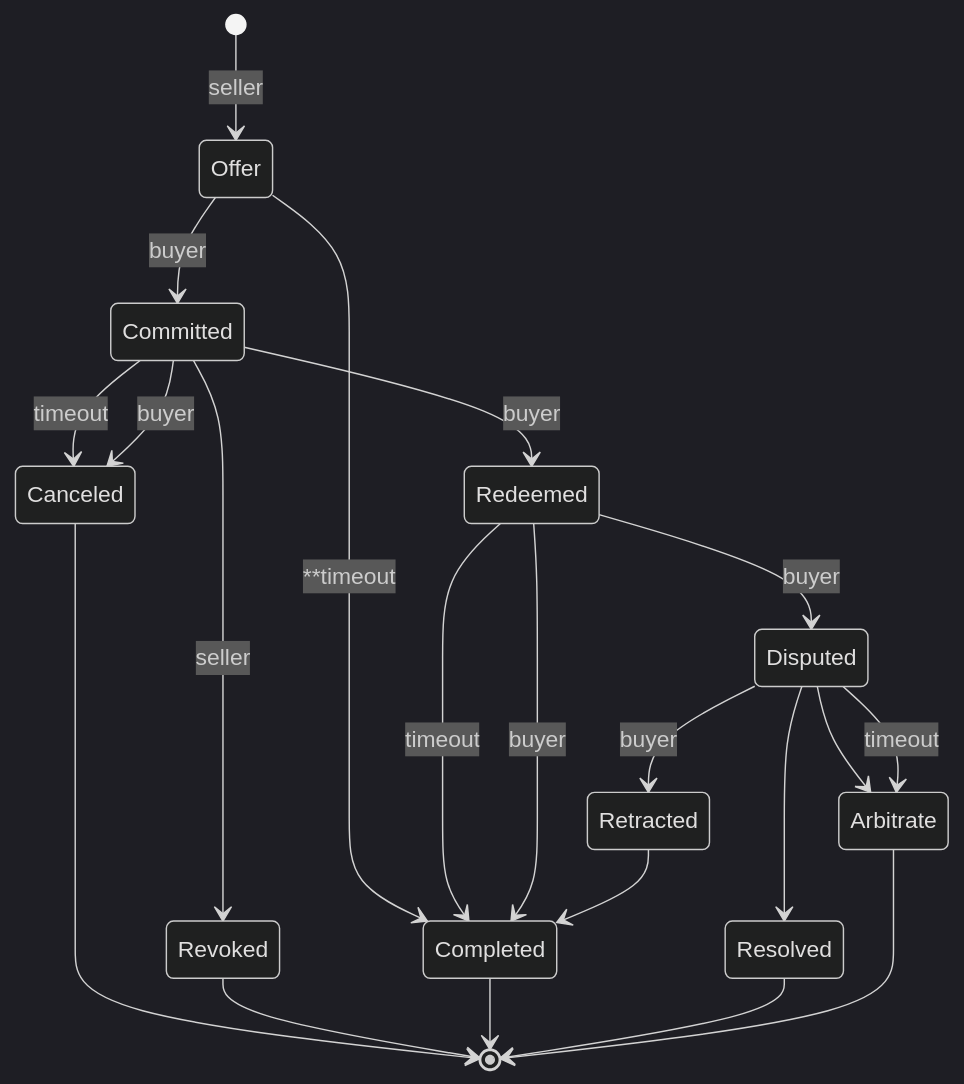
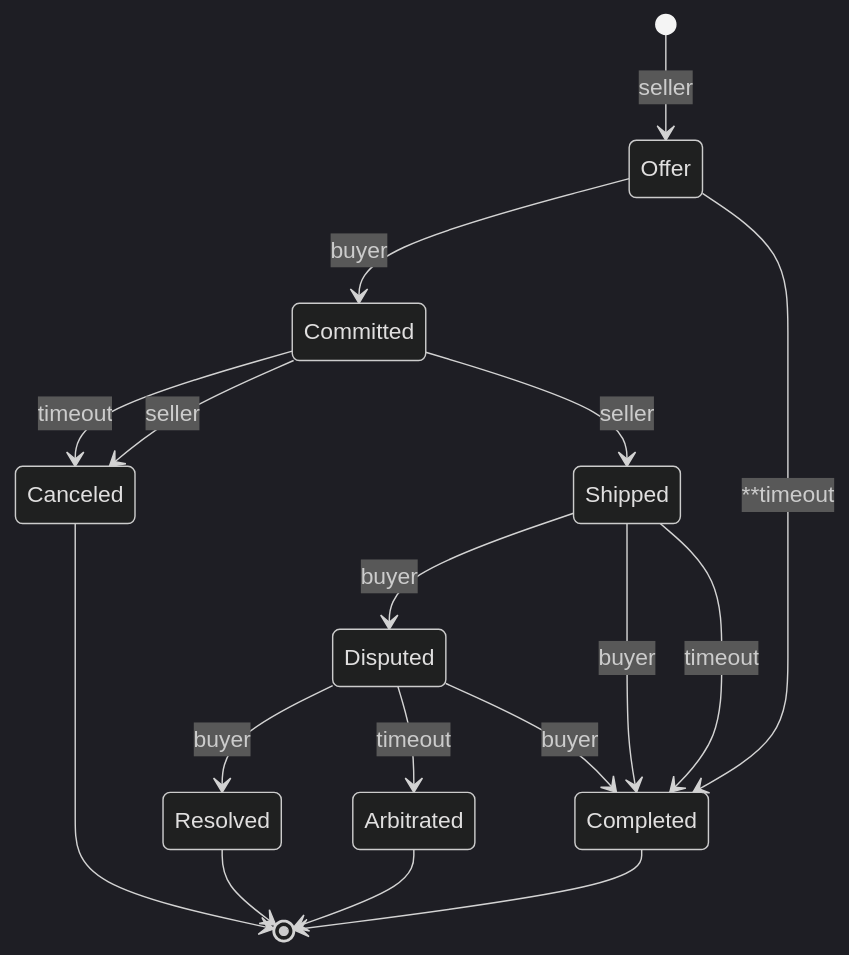
The first of 3 diagrams in README.md (synbionet/fair-exchange), drawn with Mermaid (dark theme) before and after one commit. The commit also changed other lines of this file, not shown here.

Commit message:
update to diagrams

````diff
--- a/README.md
+++ b/README.md
@@ -25,28 +25,24 @@
 ```mermaid
 stateDiagram-v2
-[*] --> Offer: seller
-Offer --> Completed: **timeout
-Offer --> Committed: buyer
+    [*] --> Offer: seller
+    Offer --> Committed: buyer
+    Offer --> Completed: **timeout
 
-Committed --> Canceled: timeout
-Committed --> Revoked: seller
-Committed --> Canceled: buyer
-Committed --> Redeemed: buyer
+    Committed --> Canceled: timeout
+    Committed --> Canceled: seller
+    Committed --> Shipped: seller
 
-Redeemed --> Completed: timeout
-Redeemed --> Completed: buyer
-Redeemed --> Disputed: buyer
+    Shipped --> Disputed: buyer
+    Shipped --> Completed: buyer
+    Shipped --> Completed: timeout
 
-Disputed --> Retracted: buyer
-Disputed --> Resolved
-Disputed --> Arbitrate
-Disputed --> Arbitrate: timeout
+    Disputed --> Resolved: buyer
+    Disputed --> Arbitrated: timeout    
+    Disputed --> Completed: buyer
 
-Retracted --> Completed
 
-Canceled --> [*]
-Revoked --> [*]
-Completed --> [*]
-Resolved --> [*]
-Arbitrate --> [*]
+    Completed --> [*]
+    Canceled --> [*]
+    Resolved --> [*]
+    Arbitrated --> [*]
 ```
````
